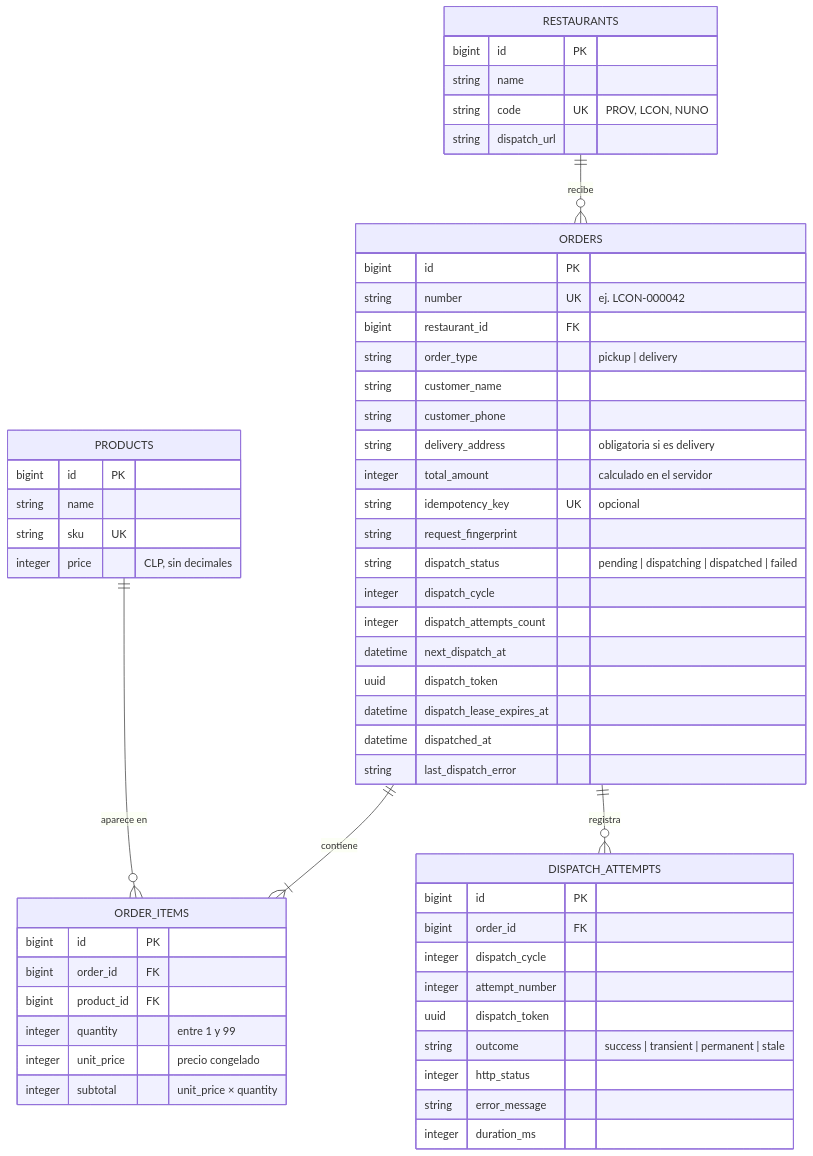
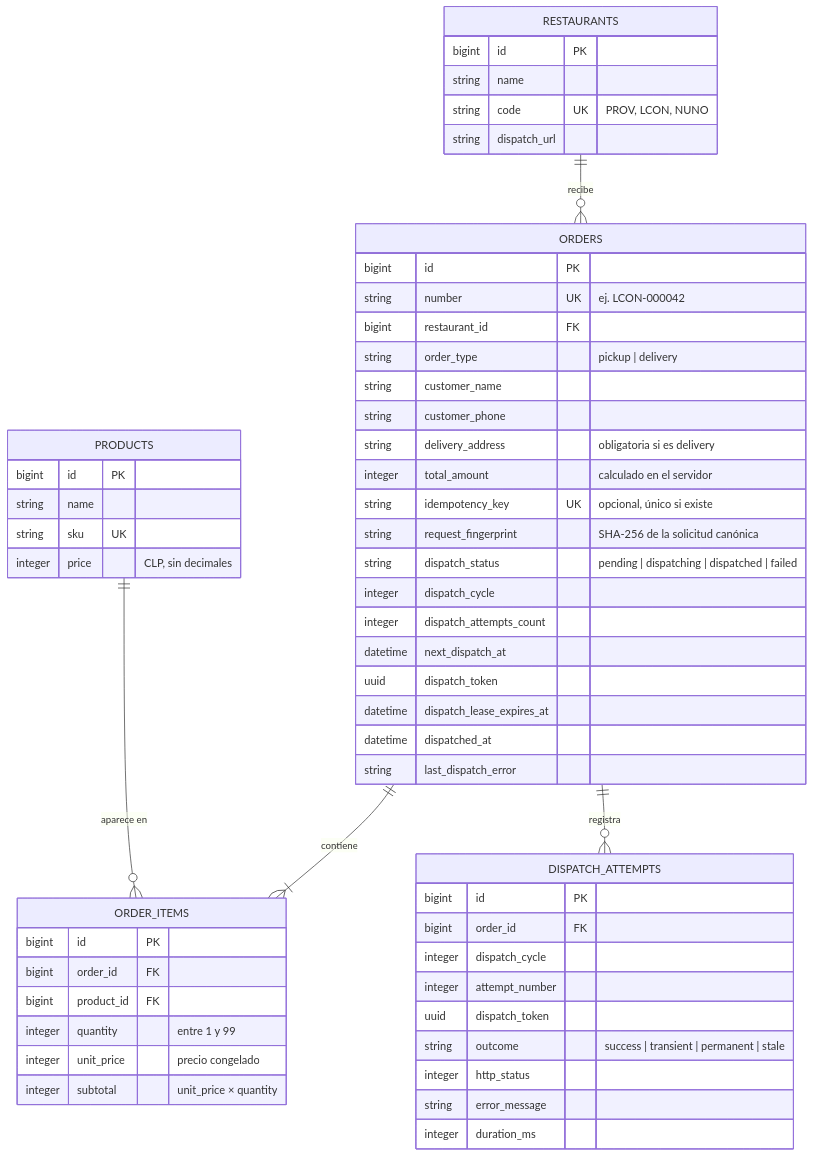
One commit to cristianrojasalexan/niufoods-orders changed the second of 3 diagrams in docs/architecture.md. Above: the diagram before and after it, drawn with Mermaid. The commit also changed 10 other files, not shown here.

First line of the commit message:
feat: add Idempotency-Key with request fingerprint and conflict detection

````diff
--- a/docs/architecture.md
+++ b/docs/architecture.md
@@ -92,63 +92,63 @@
 ```mermaid
 erDiagram
     RESTAURANTS ||--o{ ORDERS : "recibe"
     ORDERS ||--|{ ORDER_ITEMS : "contiene"
     PRODUCTS ||--o{ ORDER_ITEMS : "aparece en"
     ORDERS ||--o{ DISPATCH_ATTEMPTS : "registra"
 
     RESTAURANTS {
         bigint id PK
         string name
         string code UK "PROV, LCON, NUNO"
         string dispatch_url
     }
 
     PRODUCTS {
         bigint id PK
         string name
         string sku UK
         integer price "CLP, sin decimales"
     }
 
     ORDERS {
         bigint id PK
         string number UK "ej. LCON-000042"
         bigint restaurant_id FK
         string order_type "pickup | delivery"
         string customer_name
         string customer_phone
         string delivery_address "obligatoria si es delivery"
         integer total_amount "calculado en el servidor"
-        string idempotency_key UK "opcional"
-        string request_fingerprint
+        string idempotency_key UK "opcional, único si existe"
+        string request_fingerprint "SHA-256 de la solicitud canónica"
         string dispatch_status "pending | dispatching | dispatched | failed"
         integer dispatch_cycle
         integer dispatch_attempts_count
         datetime next_dispatch_at
         uuid dispatch_token
         datetime dispatch_lease_expires_at
         datetime dispatched_at
         string last_dispatch_error
     }
 
     ORDER_ITEMS {
         bigint id PK
         bigint order_id FK
         bigint product_id FK
         integer quantity "entre 1 y 99"
         integer unit_price "precio congelado"
         integer subtotal "unit_price × quantity"
     }
 
     DISPATCH_ATTEMPTS {
         bigint id PK
         bigint order_id FK
         integer dispatch_cycle
         integer attempt_number
         uuid dispatch_token
         string outcome "success | transient | permanent | stale"
         integer http_status
         string error_message
         integer duration_ms
     }
 ```
````
